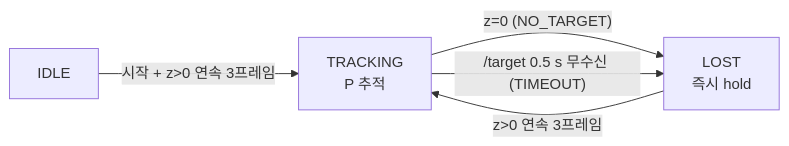
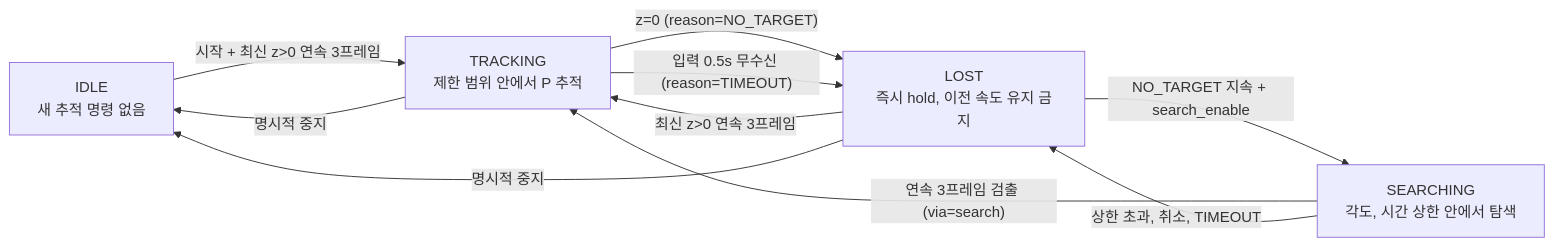
Before and after one commit to cowsjh/Lv2_Horus_Assignment: the fifth of 7 diagrams in lv2_module5/presentation.md, drawn with Mermaid. The commit also changed other lines of this file and 79 other files, not shown here.

````diff
--- a/lv2_module5/presentation.md
+++ b/lv2_module5/presentation.md
@@ -243,7 +219,17 @@
 ```mermaid
 flowchart LR
-  I["IDLE"] -->|"시작 + z>0 연속 3프레임"| T["TRACKING<br/>P 추적"]
-  T -->|"z=0 (NO_TARGET)"| L["LOST<br/>즉시 hold"]
-  T -->|"/target 0.5 s 무수신 (TIMEOUT)"| L
-  L -->|"z>0 연속 3프레임"| T
+  I["IDLE<br/>새 추적 명령 없음"]
+  T["TRACKING<br/>제한 범위 안에서 P 추적"]
+  L["LOST<br/>즉시 hold, 이전 속도 유지 금지"]
+  S["SEARCHING <br/>각도, 시간 상한 안에서 탐색"]
+
+  I -->|"시작 + 최신 z>0 연속 3프레임"| T
+  T -->|"z=0 (reason=NO_TARGET)"| L
+  T -->|"입력 0.5s 무수신 (reason=TIMEOUT)"| L
+  L -->|"최신 z>0 연속 3프레임"| T
+  L -->|"NO_TARGET 지속 + search_enable"| S
+  S -->|"연속 3프레임 검출 (via=search)"| T
+  S -->|"상한 초과, 취소, TIMEOUT"| L
+  T -->|"명시적 중지"| I
+  L -->|"명시적 중지"| I
 ```
````
